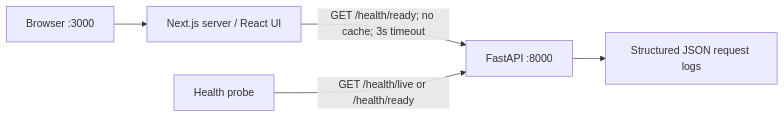
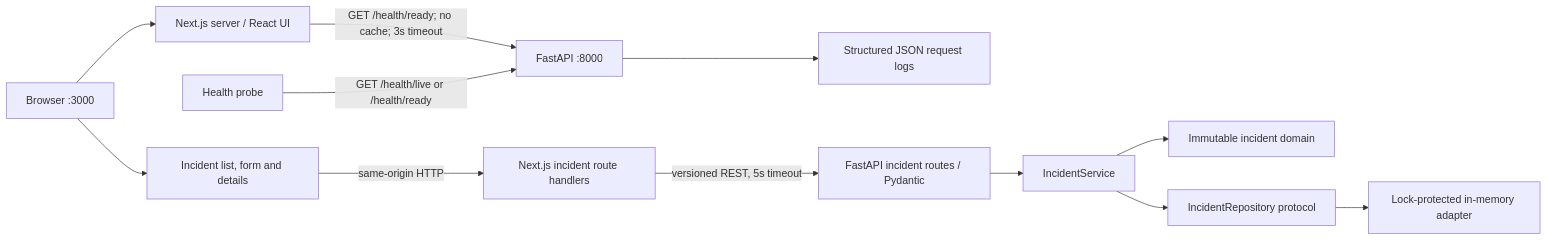
One commit to JK578/Jai changed the first of 3 diagrams in docs/architecture.md. Above: the diagram before and after it, drawn with Mermaid. The commit also changed other lines of this file and 37 other files, not shown here.

````diff
--- a/docs/architecture.md
+++ b/docs/architecture.md
@@ -5,7 +5,14 @@
 ```mermaid
 flowchart LR
     Browser[Browser :3000] --> Web[Next.js server / React UI]
     Web -->|GET /health/ready; no cache; 3s timeout| API[FastAPI :8000]
     Probe[Health probe] -->|GET /health/live or /health/ready| API
     API --> Logs[Structured JSON request logs]
+    Browser --> Client[Incident list, form and details]
+    Client -->|same-origin HTTP| Proxy[Next.js incident route handlers]
+    Proxy -->|versioned REST, 5s timeout| Routes[FastAPI incident routes / Pydantic]
+    Routes --> Service[IncidentService]
+    Service --> Domain[Immutable incident domain]
+    Service --> Port[IncidentRepository protocol]
+    Port --> Memory[Lock-protected in-memory adapter]
 ```
````
